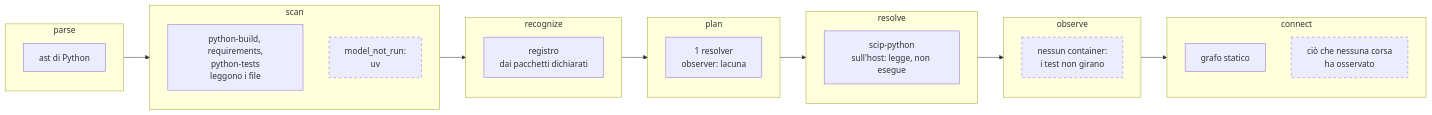
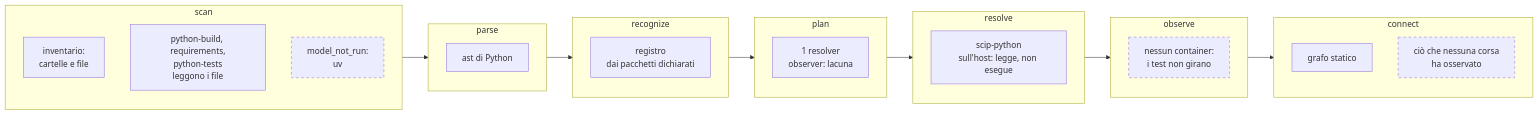
One commit to acaprino/daodan changed the fourth of 4 diagrams in docs/plugins/codebase-map.md. Above: the diagram before and after it, drawn with Mermaid. The commit also changed other lines of this file and 2 other files, not shown here.

First line of the commit message:
docs(pipeline): scan viene prima di parse

````diff
--- a/docs/plugins/codebase-map.md
+++ b/docs/plugins/codebase-map.md
@@ -188,28 +190,29 @@
 ```mermaid
 flowchart LR
+  subgraph scan
+    b0["inventario:<br>cartelle e file"]
+    b1["python-build, requirements,<br>python-tests<br>leggono i file"]
+    b2["model_not_run:<br>uv"]:::gap
+  end
   subgraph parse
     a1[ast di Python]
-  end
-  subgraph scan
-    b1["python-build, requirements,<br>python-tests<br>leggono i file"]
-    b2["model_not_run:<br>uv"]:::gap
   end
   subgraph recognize
     c1[registro<br>dai pacchetti dichiarati]
   end
   subgraph plan
     d1["1 resolver<br>observer: lacuna"]
   end
   subgraph resolve
     e1["scip-python<br>sull'host: legge, non esegue"]
   end
   subgraph observe
     f1["nessun container:<br>i test non girano"]:::gap
   end
   subgraph connect
     g1[grafo statico]
     g2[ciò che nessuna corsa<br>ha osservato]:::gap
   end
-  parse --> scan --> recognize --> plan --> resolve --> observe --> connect
+  scan --> parse --> recognize --> plan --> resolve --> observe --> connect
   classDef gap stroke-dasharray: 5 5
 ```
````
